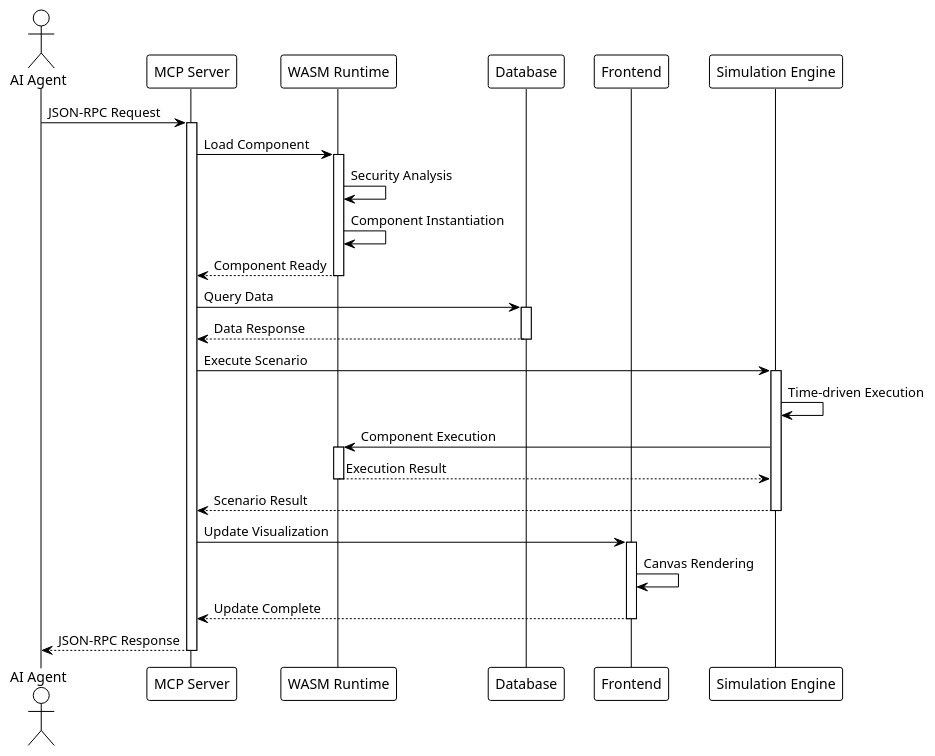
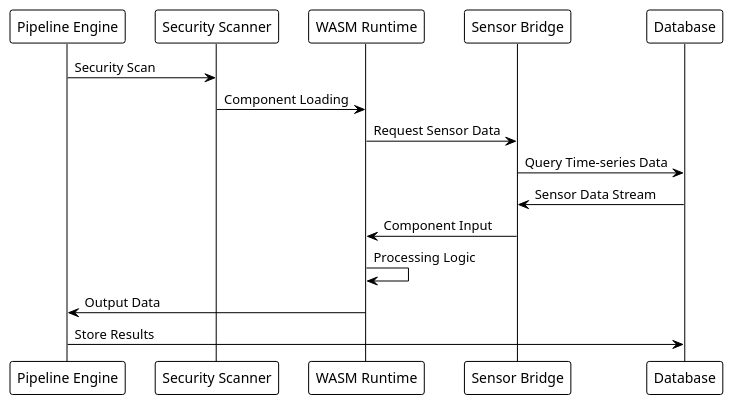
One commit to vkanta/glsp-mcp changed the third of 7 diagrams in docs/source/architecture/index.rst. Above: the diagram before and after it, drawn with PlantUML. The commit also changed other lines of this file and 6 other files, not shown here.

First line of the commit message:
docs: restructure architecture documentation with sphinx-needs integration

```diff
--- a/docs/source/architecture/index.rst
+++ b/docs/source/architecture/index.rst
@@ -205,48 +177,23 @@
 .. uml::
-   :caption: Component Interaction Sequence
+   :caption: WASM Component Execution Flow
 
    @startuml
    !theme plain
    
-   actor "AI Agent" as agent
-   participant "MCP Server" as mcp
-   participant "WASM Runtime" as wasm
-   participant "Database" as db
-   participant "Frontend" as ui
-   participant "Simulation Engine" as sim
+   participant "Pipeline Engine" as PE
+   participant "Security Scanner" as SS
+   participant "WASM Runtime" as WR
+   participant "Sensor Bridge" as SB
+   participant "Database" as DB
    
-   agent -> mcp : JSON-RPC Request
-   activate mcp
-   
-   mcp -> wasm : Load Component
-   activate wasm
-   wasm -> wasm : Security Analysis
-   wasm -> wasm : Component Instantiation
-   wasm --> mcp : Component Ready
-   deactivate wasm
-   
-   mcp -> db : Query Data
-   activate db
-   db --> mcp : Data Response
-   deactivate db
-   
-   mcp -> sim : Execute Scenario
-   activate sim
-   sim -> sim : Time-driven Execution
-   sim -> wasm : Component Execution
-   activate wasm
-   wasm --> sim : Execution Result
-   deactivate wasm
-   sim --> mcp : Scenario Result
-   deactivate sim
-   
-   mcp -> ui : Update Visualization
-   activate ui
-   ui -> ui : Canvas Rendering
-   ui --> mcp : Update Complete
-   deactivate ui
-   
-   mcp --> agent : JSON-RPC Response
-   deactivate mcp
+   PE -> SS: Security Scan
+   SS -> WR: Component Loading
+   WR -> SB: Request Sensor Data
+   SB -> DB: Query Time-series Data
+   DB -> SB: Sensor Data Stream
+   SB -> WR: Component Input
+   WR -> WR: Processing Logic
+   WR -> PE: Output Data
+   PE -> DB: Store Results
    
    @enduml
```
